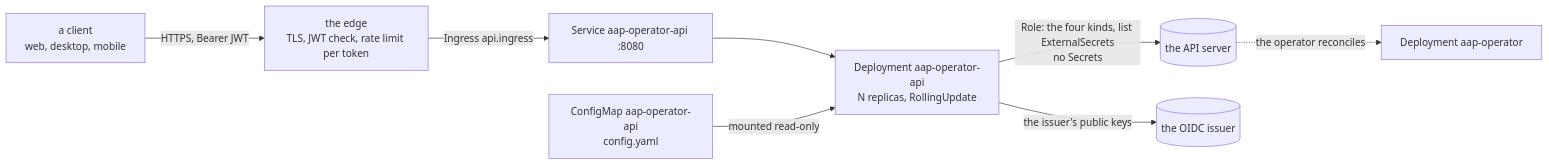
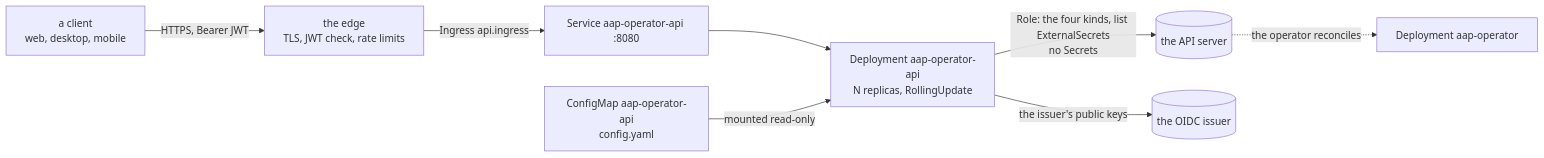
The second of 2 diagrams in deploy/operator/README.md (vymalo/another-agentic-platform), drawn with Mermaid before and after one commit. The commit also changed other lines of this file and 3 other files, not shown here.

First line of the commit message:
docs(deploy): a rate limit keyed by the Authorization header limits nothing per attacker

````diff
--- a/deploy/operator/README.md
+++ b/deploy/operator/README.md
@@ -132,10 +132,10 @@
 ```mermaid
 flowchart LR
-  C[a client<br/>web, desktop, mobile] -->|HTTPS, Bearer JWT| E[the edge<br/>TLS, JWT check, rate limit per token]
+  C[a client<br/>web, desktop, mobile] -->|HTTPS, Bearer JWT| E[the edge<br/>TLS, JWT check, rate limits]
   E -->|Ingress api.ingress| S[Service aap-operator-api :8080]
   S --> P[Deployment aap-operator-api<br/>N replicas, RollingUpdate]
   CM[ConfigMap aap-operator-api<br/>config.yaml] -->|mounted read-only| P
   P -->|Role: the four kinds, list ExternalSecrets<br/>no Secrets| K[(the API server)]
   P -->|the issuer's public keys| I[(the OIDC issuer)]
   K -.->|the operator reconciles| O[Deployment aap-operator]
 ```
````
